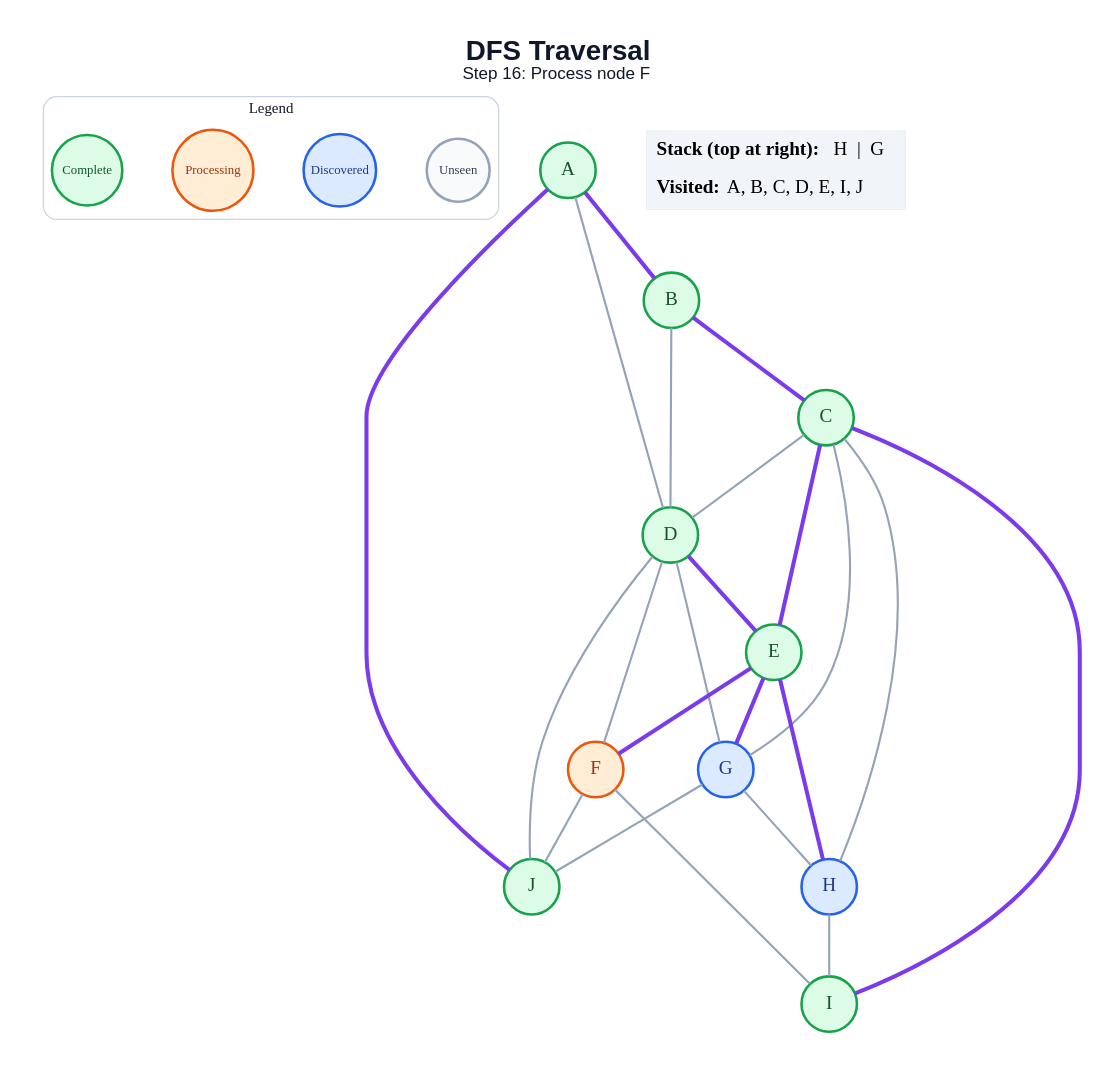
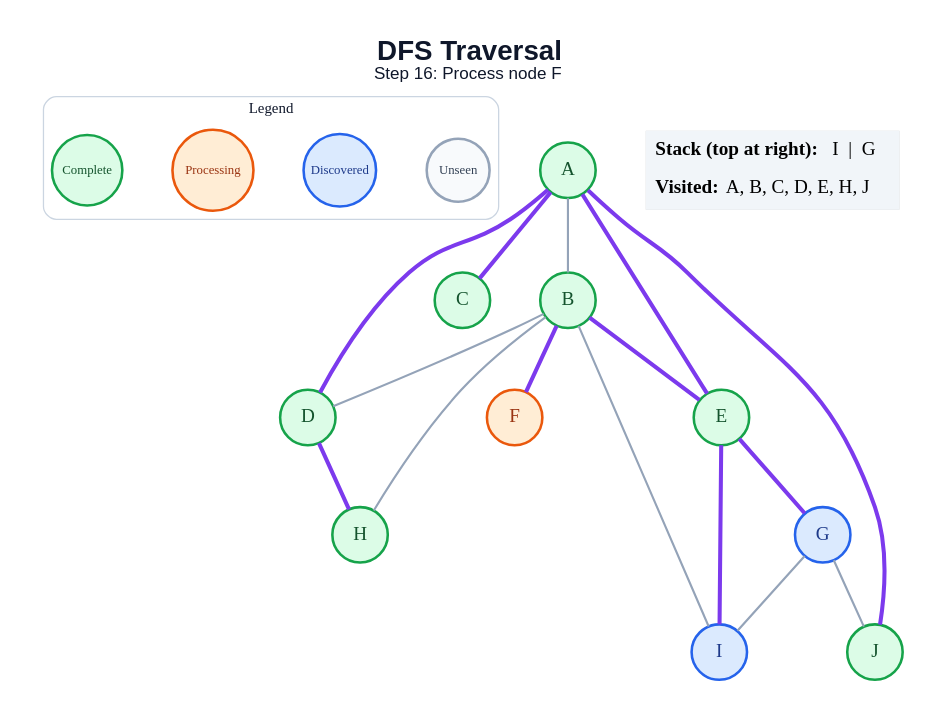
Before and after one commit to anon7238593-create/ai-slop: the diagram in generated/specific-node/dfs/step_16.dot, drawn with Graphviz. The commit also changed 171 other files, not shown here.

```diff
--- a/generated/specific-node/dfs/step_16.dot
+++ b/generated/specific-node/dfs/step_16.dot
@@ -1,51 +1,44 @@
 graph traversal {
   graph [layout=dot, rankdir=TB, bgcolor="#FFFFFF", pad="0.35", nodesep="0.65", ranksep="0.8", fontname="Arial"];
   node [shape=circle, style="filled", fontname="Arial Bold", fontsize=18, width=0.72, fixedsize=true, penwidth=2.4];
   edge [color="#94A3B8", penwidth=2.0];
   label=<<B>DFS Traversal</B><BR/><FONT POINT-SIZE="16">Step 16: Process node F</FONT>>; labelloc="t"; fontsize=26; fontname="Arial"; fontcolor="#0F172A";
   subgraph cluster_legend { label="Legend"; color="#CBD5E1"; penwidth=1.2; style="rounded"; fontsize=14; fontname="Arial Bold";
     key_unseen [label="Unseen", fillcolor="#F8FAFC", color="#94A3B8", fontcolor="#334155", fontsize=12, width=0.82];
     key_frontier [label="Discovered", fillcolor="#DBEAFE", color="#2563EB", fontcolor="#1E3A8A", fontsize=12, width=0.95];
     key_current [label="Processing", fillcolor="#FFEDD5", color="#EA580C", fontcolor="#9A3412", fontsize=12, width=1.05];
     key_done [label="Complete", fillcolor="#DCFCE7", color="#16A34A", fontcolor="#14532D", fontsize=12, width=0.92];
     { rank=same; key_unseen; key_frontier; key_current; key_done; }
   }
   A [fillcolor="#DCFCE7", color="#16A34A", fontcolor="#14532D"];
   B [fillcolor="#DCFCE7", color="#16A34A", fontcolor="#14532D"];
   C [fillcolor="#DCFCE7", color="#16A34A", fontcolor="#14532D"];
   D [fillcolor="#DCFCE7", color="#16A34A", fontcolor="#14532D"];
   E [fillcolor="#DCFCE7", color="#16A34A", fontcolor="#14532D"];
   F [fillcolor="#FFEDD5", color="#EA580C", fontcolor="#9A3412"];
   G [fillcolor="#DBEAFE", color="#2563EB", fontcolor="#1E3A8A"];
-  H [fillcolor="#DBEAFE", color="#2563EB", fontcolor="#1E3A8A"];
-  I [fillcolor="#DCFCE7", color="#16A34A", fontcolor="#14532D"];
+  H [fillcolor="#DCFCE7", color="#16A34A", fontcolor="#14532D"];
+  I [fillcolor="#DBEAFE", color="#2563EB", fontcolor="#1E3A8A"];
   J [fillcolor="#DCFCE7", color="#16A34A", fontcolor="#14532D"];
-  A -- B [color="#7C3AED", penwidth=3.8];
-  A -- D;
+  A -- B;
+  A -- C [color="#7C3AED", penwidth=3.8];
+  A -- D [color="#7C3AED", penwidth=3.8];
+  A -- E [color="#7C3AED", penwidth=3.8];
   A -- J [color="#7C3AED", penwidth=3.8];
-  B -- C [color="#7C3AED", penwidth=3.8];
   B -- D;
-  C -- D;
-  C -- E [color="#7C3AED", penwidth=3.8];
-  C -- G;
-  C -- H;
-  C -- I [color="#7C3AED", penwidth=3.8];
-  D -- E [color="#7C3AED", penwidth=3.8];
-  D -- F;
-  D -- G;
-  D -- J;
-  E -- F [color="#7C3AED", penwidth=3.8];
+  B -- E [color="#7C3AED", penwidth=3.8];
+  B -- F [color="#7C3AED", penwidth=3.8];
+  B -- H;
+  B -- I;
+  D -- H [color="#7C3AED", penwidth=3.8];
   E -- G [color="#7C3AED", penwidth=3.8];
-  E -- H [color="#7C3AED", penwidth=3.8];
-  F -- I;
-  F -- J;
-  G -- H;
+  E -- I [color="#7C3AED", penwidth=3.8];
+  G -- I;
   G -- J;
-  H -- I;
   status [shape=plain, fixedsize=false, width=0, height=0, margin=0, label=<
     <TABLE BORDER="0" CELLBORDER="0" CELLPADDING="7" BGCOLOR="#F1F5F9">
-      <TR><TD ALIGN="LEFT"><B>Stack (top at right):</B> H  |  G</TD></TR>
-      <TR><TD ALIGN="LEFT"><B>Visited:</B> A, B, C, D, E, I, J</TD></TR>
+      <TR><TD ALIGN="LEFT"><B>Stack (top at right):</B> I  |  G</TD></TR>
+      <TR><TD ALIGN="LEFT"><B>Visited:</B> A, B, C, D, E, H, J</TD></TR>
     </TABLE>
   >];
 }
```
